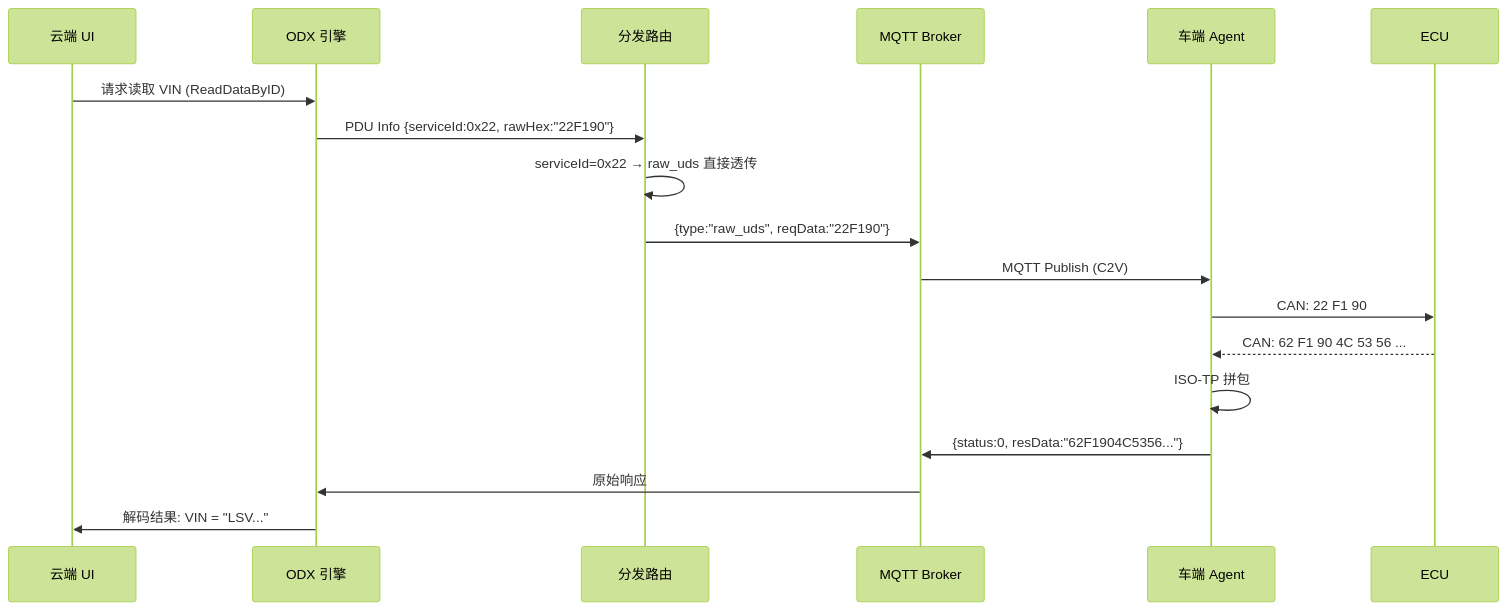
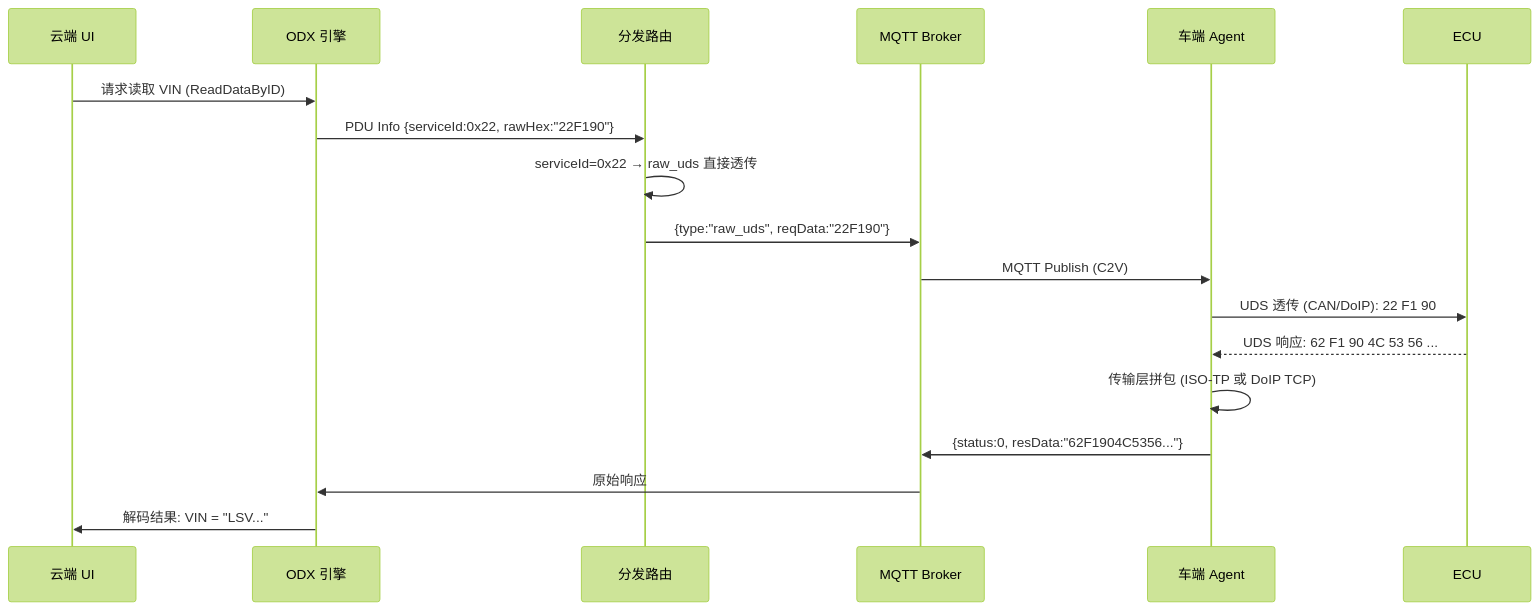
The seventh of 8 diagrams in doc/opendota_protocol_spec.md (YuMinami/OpenDOTA), drawn with Mermaid (forest theme) before and after one commit. The commit also changed other lines of this file and 3 other files, not shown here.

Commit message:
docs: update architecture, protocol specifications, and database initialization script with design review documentation

````diff
--- a/doc/opendota_protocol_spec.md
+++ b/doc/opendota_protocol_spec.md
@@ -1217,21 +2000,21 @@
 ```mermaid
 sequenceDiagram
     participant UI as 云端 UI
     participant ODX as ODX 引擎
     participant DISP as 分发路由
     participant MQTT as MQTT Broker
     participant AGENT as 车端 Agent
     participant ECU as ECU
 
     UI->>ODX: 请求读取 VIN (ReadDataByID)
     ODX->>DISP: PDU Info {serviceId:0x22, rawHex:"22F190"}
     DISP->>DISP: serviceId=0x22 → raw_uds 直接透传
     DISP->>MQTT: {type:"raw_uds", reqData:"22F190"}
     MQTT->>AGENT: MQTT Publish (C2V)
-    AGENT->>ECU: CAN: 22 F1 90
-    ECU-->>AGENT: CAN: 62 F1 90 4C 53 56 ...
-    AGENT->>AGENT: ISO-TP 拼包
+    AGENT->>ECU: UDS 透传 (CAN/DoIP): 22 F1 90
+    ECU-->>AGENT: UDS 响应: 62 F1 90 4C 53 56 ...
+    AGENT->>AGENT: 传输层拼包 (ISO-TP 或 DoIP TCP)
     AGENT->>MQTT: {status:0, resData:"62F1904C5356..."}
     MQTT->>ODX: 原始响应
     ODX->>UI: 解码结果: VIN = "LSV..."
 ```
````
